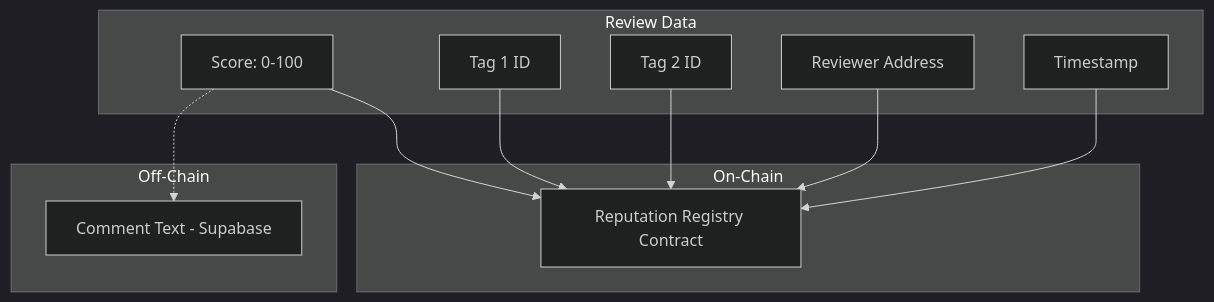
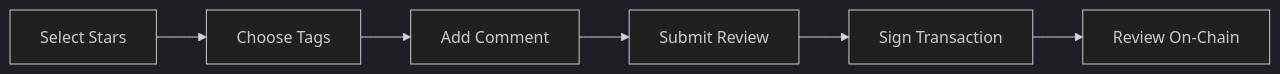
The second of 5 diagrams in marketplace/reviews.mdx (Agentokratia/docs), drawn with Mermaid (dark theme) before and after one commit. The commit also changed other lines of this file and 6 other files, not shown here.

````diff
--- a/marketplace/reviews.mdx
+++ b/marketplace/reviews.mdx
@@ -201,25 +117,8 @@
 ```mermaid
-flowchart TB
-    subgraph "Review Data"
-        A[Score: 0-100]
-        B[Tag 1 ID]
-        C[Tag 2 ID]
-        D[Reviewer Address]
-        E[Timestamp]
-    end
-
-    subgraph "On-Chain"
-        F[Reputation Registry Contract]
-    end
-
-    subgraph "Off-Chain"
-        G[Comment Text - Supabase]
-    end
-
-    A --> F
-    B --> F
-    C --> F
-    D --> F
-    E --> F
-    A -.-> G
+flowchart LR
+    A[Select Stars] --> B[Choose Tags]
+    B --> C[Add Comment]
+    C --> D[Submit Review]
+    D --> E[Sign Transaction]
+    E --> F[Review On-Chain]
 ```
````
